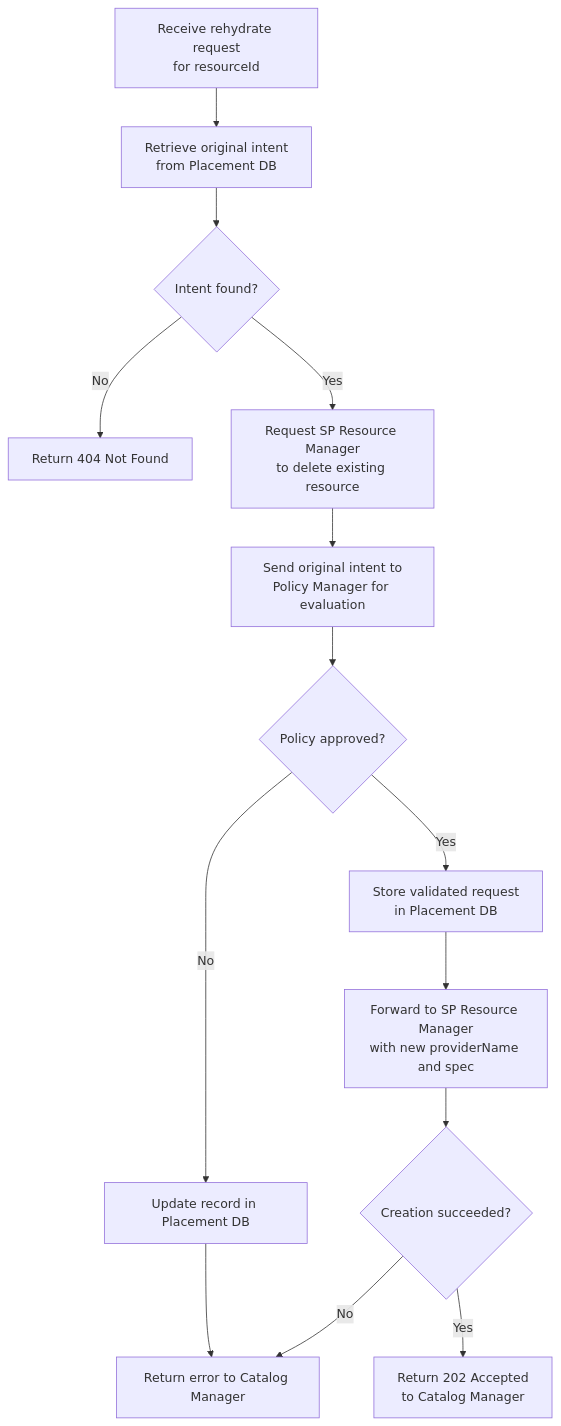
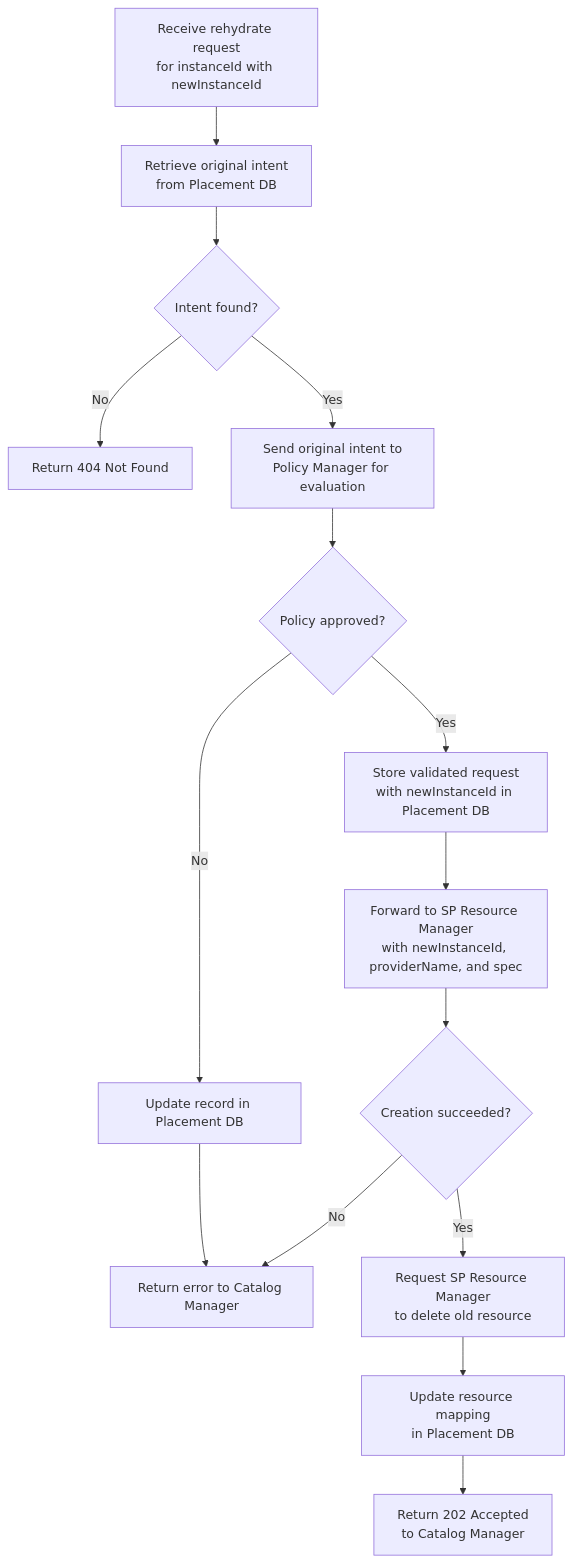
One commit to dcm-project/enhancements changed the fourth of 4 diagrams in enhancements/rehydration-flow/rehydration-flow.md. Above: the diagram before and after it, drawn with Mermaid. The commit also changed other lines of this file, not shown here.

First line of the commit message:
docs(rehydration-flow): create-before-delete with separate InstanceIDs

````diff
--- a/enhancements/rehydration-flow/rehydration-flow.md
+++ b/enhancements/rehydration-flow/rehydration-flow.md
@@ -339,16 +369,17 @@
 ```mermaid
 flowchart TD
-    A[Receive rehydrate request<br/>for resourceId] --> B[Retrieve original intent<br/>from Placement DB]
+    A[Receive rehydrate request<br/>for instanceId with newInstanceId] --> B[Retrieve original intent<br/>from Placement DB]
     B --> C{Intent found?}
     C -->|No| D[Return 404 Not Found]
-    C -->|Yes| E[Request SP Resource Manager<br/>to delete existing resource]
-    E --> F[Send original intent to<br/>Policy Manager for evaluation]
+    C -->|Yes| F[Send original intent to<br/>Policy Manager for evaluation]
     F --> G{Policy approved?}
     G -->|No| H[Update record in Placement DB]
     H --> I[Return error to Catalog Manager]
-    G -->|Yes| J[Store validated request<br/>in Placement DB]
-    J --> K[Forward to SP Resource Manager<br/>with new providerName and spec]
+    G -->|Yes| J[Store validated request<br/>with newInstanceId in Placement DB]
+    J --> K[Forward to SP Resource Manager<br/>with newInstanceId, providerName, and spec]
     K --> L{Creation succeeded?}
     L -->|No| I
-    L -->|Yes| M[Return 202 Accepted<br/>to Catalog Manager]
+    L -->|Yes| M[Request SP Resource Manager<br/>to delete old resource]
+    M --> N[Update resource mapping<br/>in Placement DB]
+    N --> O[Return 202 Accepted<br/>to Catalog Manager]
 ```
````
